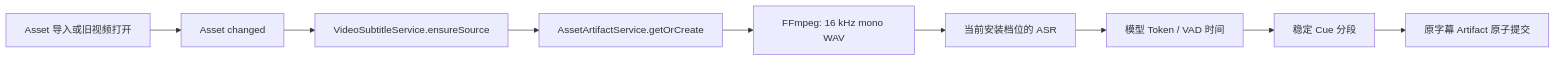
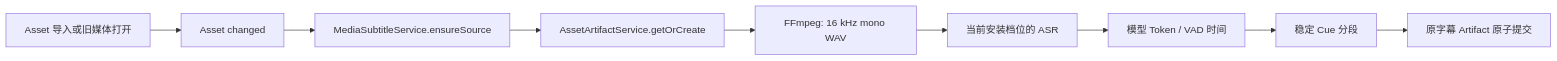
One commit to wu-tian807/learning-companion changed the first of 2 diagrams in docs/superpowers/specs/2026-08-16-video-subtitle-translation-design.md. Above: the diagram before and after it, drawn with Mermaid. The commit also changed other lines of this file and 62 other files, not shown here.

````diff
--- a/docs/superpowers/specs/2026-08-16-video-subtitle-translation-design.md
+++ b/docs/superpowers/specs/2026-08-16-video-subtitle-translation-design.md
@@ -179,11 +182,11 @@
 ```mermaid
 flowchart LR
-    IMPORT["Asset 导入或旧视频打开"] --> EVENT["Asset changed"]
-    EVENT --> SERVICE["VideoSubtitleService.ensureSource"]
+    IMPORT["Asset 导入或旧媒体打开"] --> EVENT["Asset changed"]
+    EVENT --> SERVICE["MediaSubtitleService.ensureSource"]
     SERVICE --> CACHE["AssetArtifactService.getOrCreate"]
     CACHE --> NORMALIZE["FFmpeg: 16 kHz mono WAV"]
     NORMALIZE --> ASR["当前安装档位的 ASR"]
     ASR --> ALIGN["模型 Token / VAD 时间"]
     ALIGN --> SEGMENT["稳定 Cue 分段"]
     SEGMENT --> ARTIFACT["原字幕 Artifact 原子提交"]
 ```
````
